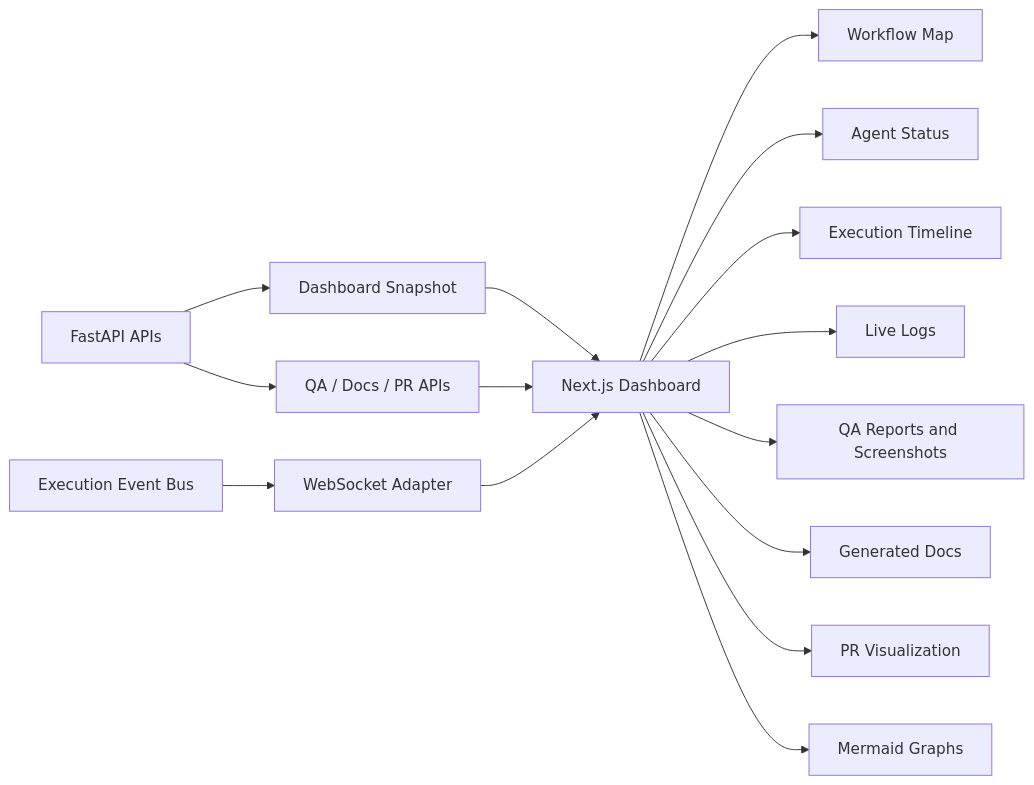
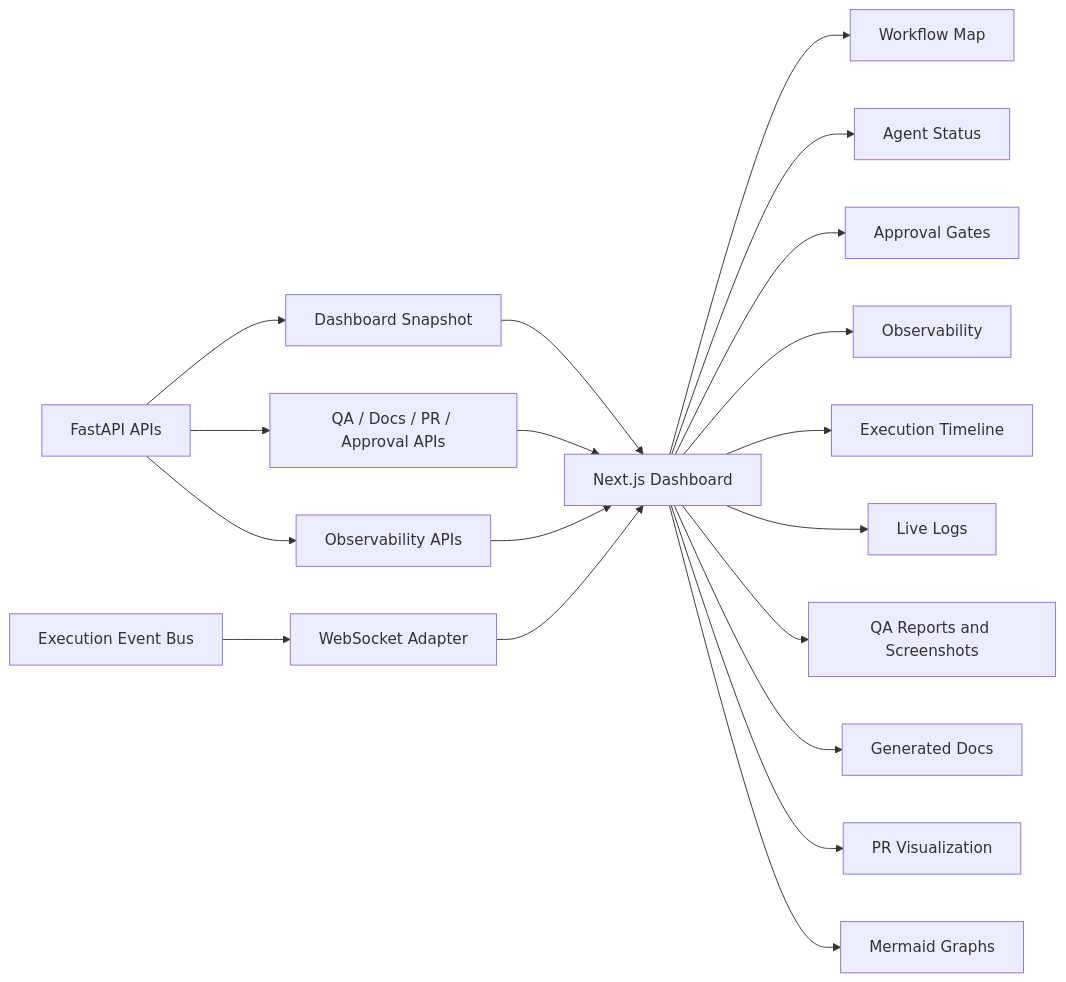
One commit to fhuamanr/LegionAgents changed the fifth of 6 diagrams in README.md. Above: the diagram before and after it, drawn with Mermaid. The commit also changed other lines of this file and 2 other files, not shown here.

````diff
--- a/README.md
+++ b/README.md
@@ -154,19 +180,23 @@
 ```mermaid
 flowchart LR
   FastAPI["FastAPI APIs"] --> Snapshot["Dashboard Snapshot"]
-  FastAPI --> Reports["QA / Docs / PR APIs"]
+  FastAPI --> Reports["QA / Docs / PR / Approval APIs"]
+  FastAPI --> ObservabilityApi["Observability APIs"]
   EventBus["Execution Event Bus"] --> WS["WebSocket Adapter"]
 
   Snapshot --> UI["Next.js Dashboard"]
   Reports --> UI
+  ObservabilityApi --> UI
   WS --> UI
 
   UI --> WorkflowView["Workflow Map"]
   UI --> AgentStatus["Agent Status"]
+  UI --> ApprovalView["Approval Gates"]
+  UI --> ObservabilityView["Observability"]
   UI --> Timeline["Execution Timeline"]
   UI --> Logs["Live Logs"]
   UI --> QAReports["QA Reports and Screenshots"]
   UI --> DocsView["Generated Docs"]
   UI --> PRView["PR Visualization"]
   UI --> MermaidView["Mermaid Graphs"]
 ```
````
